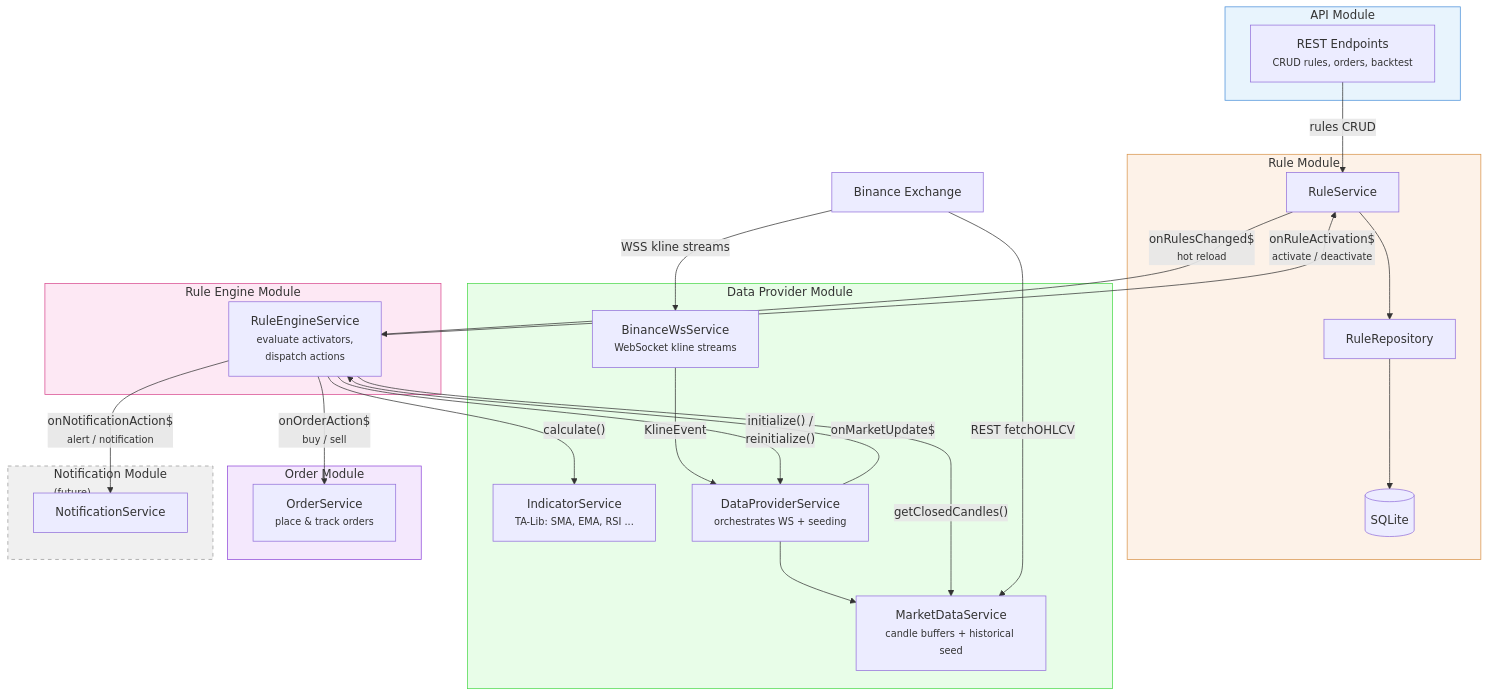
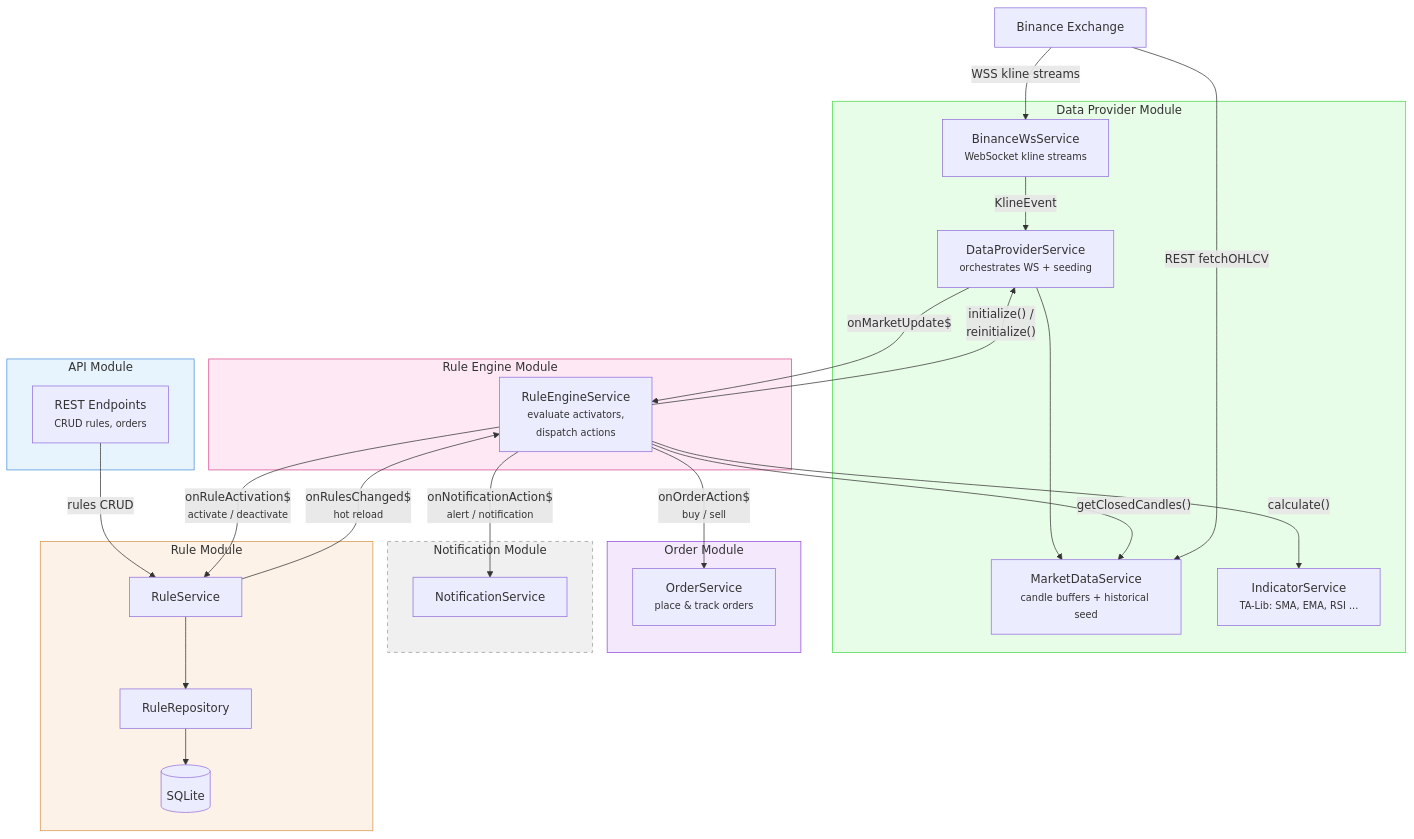
Before and after one commit to MaxRazen/crypto-tracker: the first of 2 diagrams in README.md, drawn with Mermaid. The commit also changed other lines of this file and 43 other files, not shown here.

````diff
--- a/README.md
+++ b/README.md
@@ -90,55 +105,55 @@
 ```mermaid
 graph TD
-    subgraph API["API Module"]
-        REST["REST Endpoints<br/><small>CRUD rules, orders, backtest</small>"]
-    end
-
-    subgraph RM["Rule Module"]
-        RS["RuleService"]
-        RR["RuleRepository"]
-        DB[(SQLite)]
-        RS --> RR --> DB
-    end
-
     subgraph DP["Data Provider Module"]
         BWS["BinanceWsService<br/><small>WebSocket kline streams</small>"]
         MDS["MarketDataService<br/><small>candle buffers + historical seed</small>"]
         IND["IndicatorService<br/><small>TA-Lib: SMA, EMA, RSI ...</small>"]
         DPS["DataProviderService<br/><small>orchestrates WS + seeding</small>"]
         BWS -- "KlineEvent" --> DPS
         DPS --> MDS
     end
 
     subgraph RE["Rule Engine Module"]
         RES["RuleEngineService<br/><small>evaluate activators,<br/>dispatch actions</small>"]
     end
 
     subgraph OM["Order Module"]
         OS["OrderService<br/><small>place & track orders</small>"]
     end
 
-    subgraph NM["Notification Module<br/><small>(future)</small>"]
+    subgraph NM["Notification Module"]
         NS["NotificationService"]
+    end
+
+    subgraph API["API Module"]
+        REST["REST Endpoints<br/><small>CRUD rules, orders</small>"]
+    end
+
+    subgraph RM["Rule Module"]
+        RS["RuleService"]
+        RR["RuleRepository"]
+        DB[(SQLite)]
+        RS --> RR --> DB
     end
 
     REST -- "rules CRUD" --> RS
     RS -- "onRulesChanged$<br/><small>hot reload</small>" --> RES
     RES -- "initialize() /<br/>reinitialize()" --> DPS
     DPS -- "onMarketUpdate$" --> RES
     RES -- "getClosedCandles()" --> MDS
     RES -- "calculate()" --> IND
 
     RES -- "onOrderAction$<br/><small>buy / sell</small>" --> OS
     RES -- "onRuleActivation$<br/><small>activate / deactivate</small>" --> RS
     RES -- "onNotificationAction$<br/><small>alert / notification</small>" --> NS
 
     BINANCE["Binance Exchange"] -- "WSS kline streams" --> BWS
     BINANCE -- "REST fetchOHLCV" --> MDS
 
     style API fill:#e8f4fd,stroke:#4a90d9
     style RM fill:#fdf2e8,stroke:#d9944a
     style DP fill:#e8fde8,stroke:#4ad94a
     style RE fill:#fde8f4,stroke:#d94a90
     style OM fill:#f4e8fd,stroke:#904ad9
     style NM fill:#f0f0f0,stroke:#999,stroke-dasharray: 5 5
 ```
````
